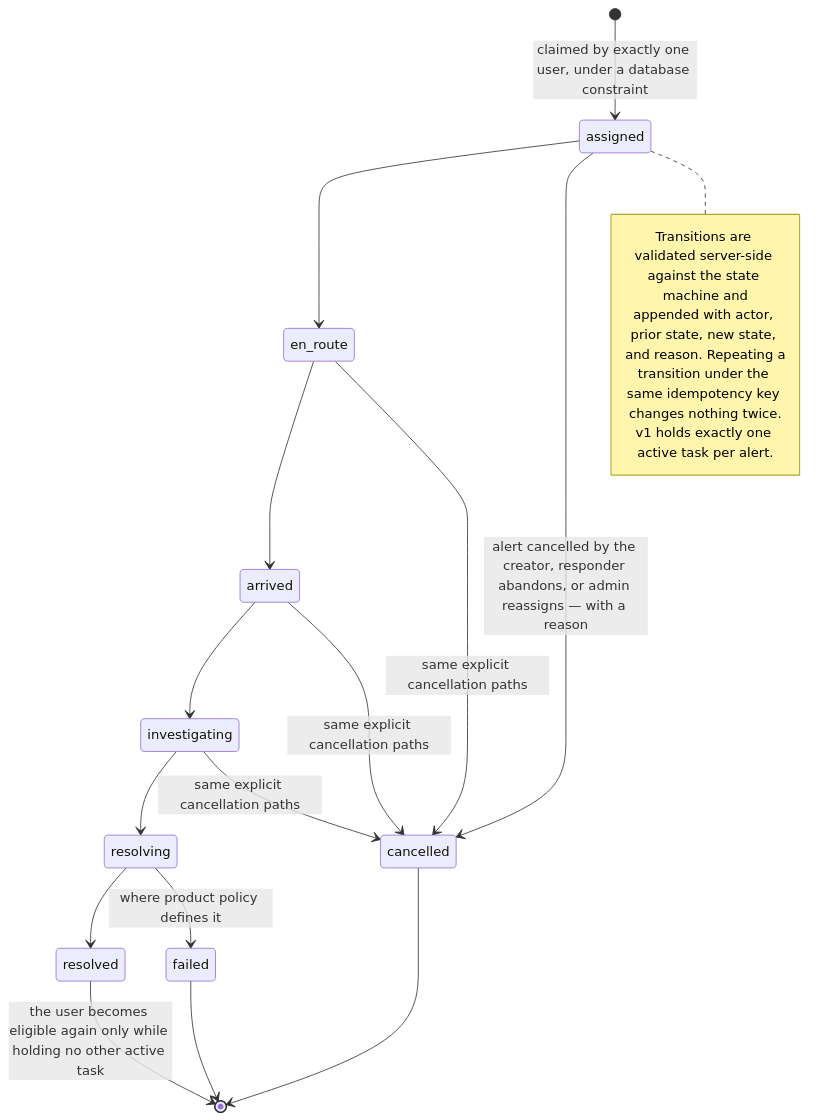
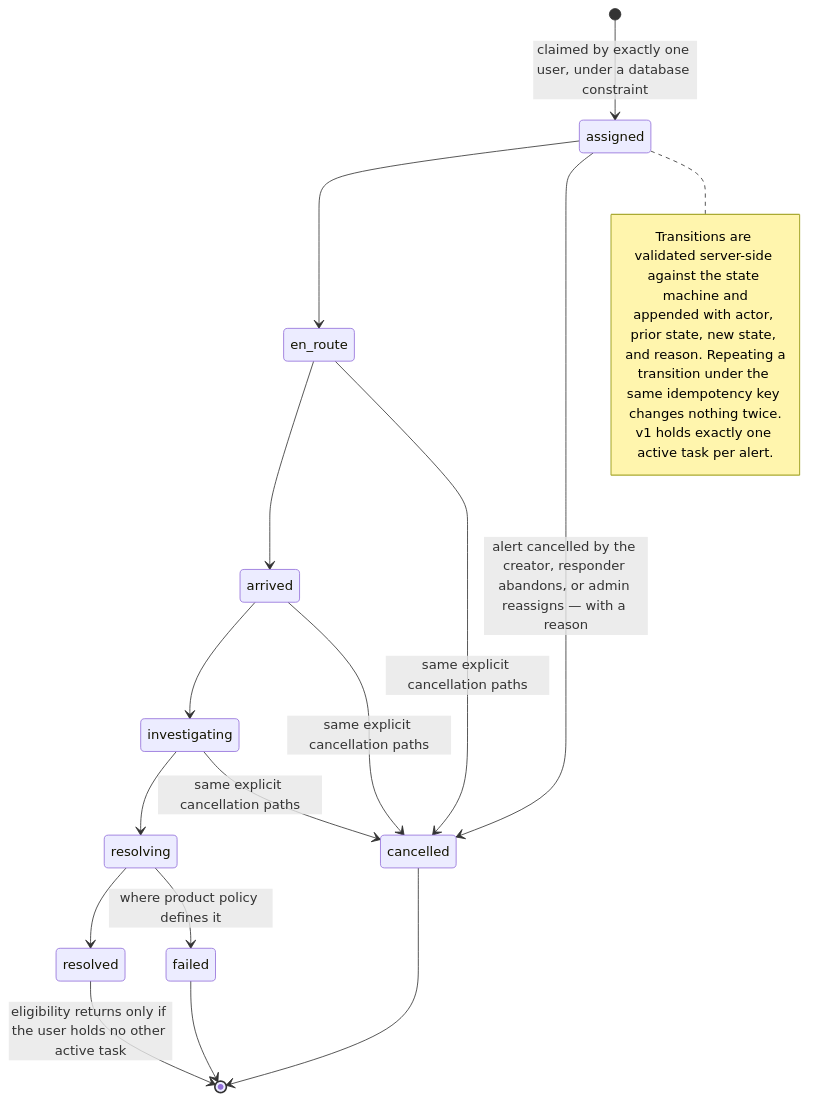
Diagram 11 of 16 in docs/DIAGRAMS.md (komeilm76/boro_biya), drawn with Mermaid before and after one commit. The commit also changed other lines of this file and 8 other files, not shown here.

````diff
--- a/docs/DIAGRAMS.md
+++ b/docs/DIAGRAMS.md
@@ -271,23 +277,23 @@
 ```mermaid
 stateDiagram-v2
   [*] --> assigned : claimed by exactly one user, under a database constraint
   assigned --> en_route
   en_route --> arrived
   arrived --> investigating
   investigating --> resolving
   resolving --> resolved
   assigned --> cancelled : alert cancelled by the creator, responder abandons, or admin reassigns — with a reason
   en_route --> cancelled : same explicit cancellation paths
   arrived --> cancelled : same explicit cancellation paths
   investigating --> cancelled : same explicit cancellation paths
   resolving --> failed : where product policy defines it
-  resolved --> [*] : the user becomes eligible again only while holding no other active task
+  resolved --> [*] : eligibility returns only if the user holds no other active task
   cancelled --> [*]
   failed --> [*]
   note right of assigned
     Transitions are validated server-side against the state machine and
     appended with actor, prior state, new state, and reason. Repeating a
     transition under the same idempotency key changes nothing twice.
     v1 holds exactly one active task per alert.
   end note
 ```
````
